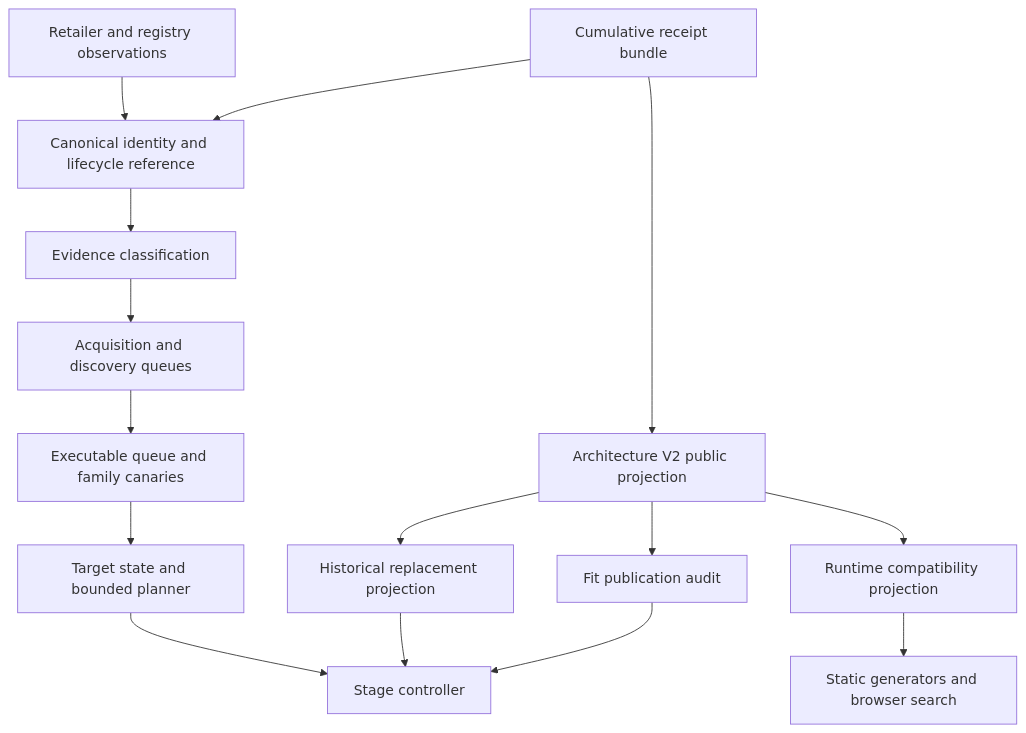
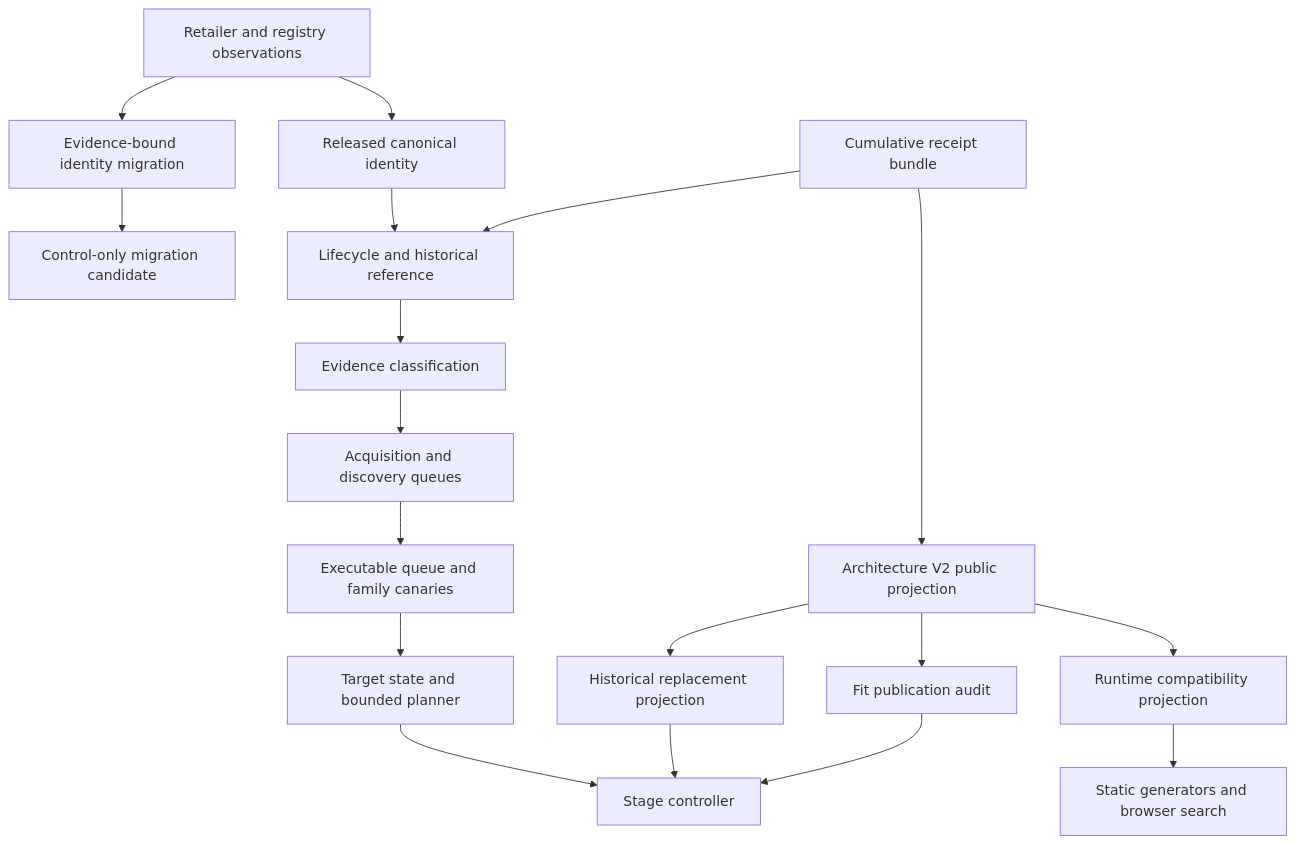
Before and after one commit to fitappliance/fitappliance: the diagram in docs/architecture-v2/repository-architecture-audit.md, drawn with Mermaid. The commit also changed other lines of this file and 64 other files, not shown here.

````diff
--- a/docs/architecture-v2/repository-architecture-audit.md
+++ b/docs/architecture-v2/repository-architecture-audit.md
@@ -82,17 +82,20 @@
 ```mermaid
 flowchart TD
-  O["Retailer and registry observations"] --> R["Canonical identity and lifecycle reference"]
+  O["Retailer and registry observations"] --> I["Released canonical identity"]
+  O --> M["Evidence-bound identity migration"]
+  M --> CAND["Control-only migration candidate"]
+  I --> R["Lifecycle and historical reference"]
   B["Cumulative receipt bundle"] --> R
   R --> C["Evidence classification"]
   C --> Q["Acquisition and discovery queues"]
   Q --> E["Executable queue and family canaries"]
   E --> T["Target state and bounded planner"]
   B --> P["Architecture V2 public projection"]
   P --> H["Historical replacement projection"]
   P --> F["Fit publication audit"]
   T --> S["Stage controller"]
   H --> S
   F --> S
   P --> X["Runtime compatibility projection"]
   X --> G["Static generators and browser search"]
 ```
````
